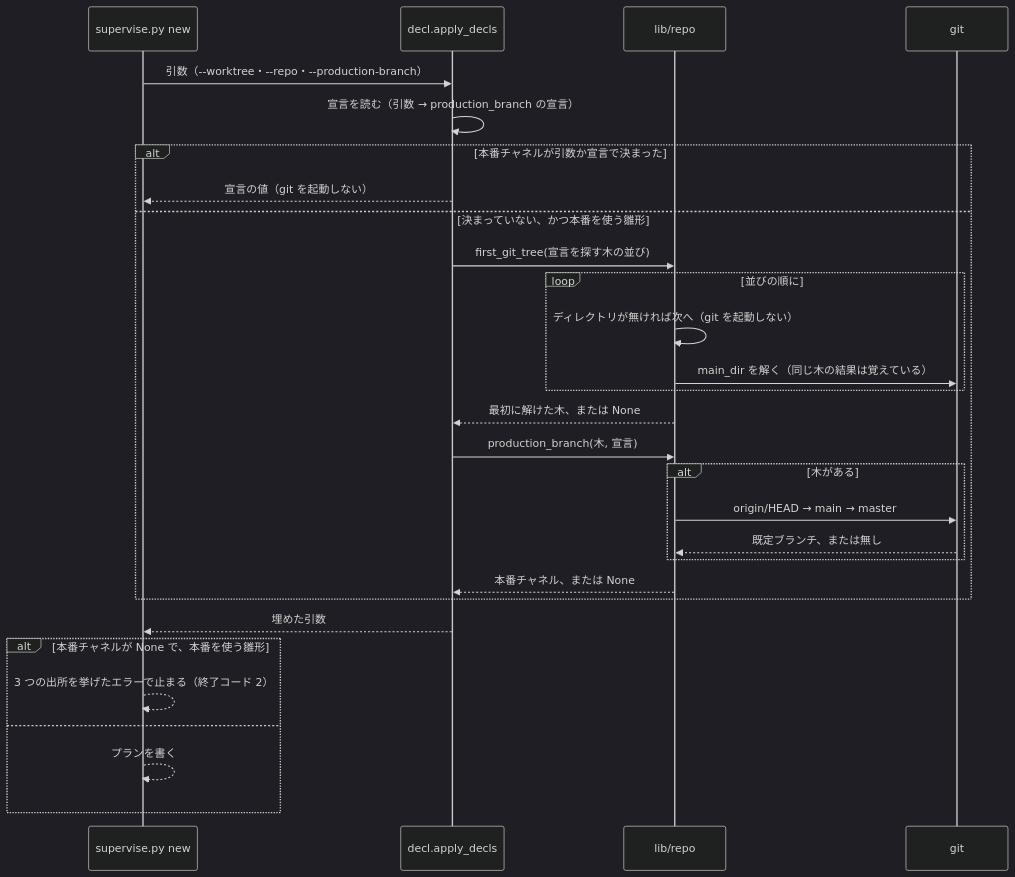
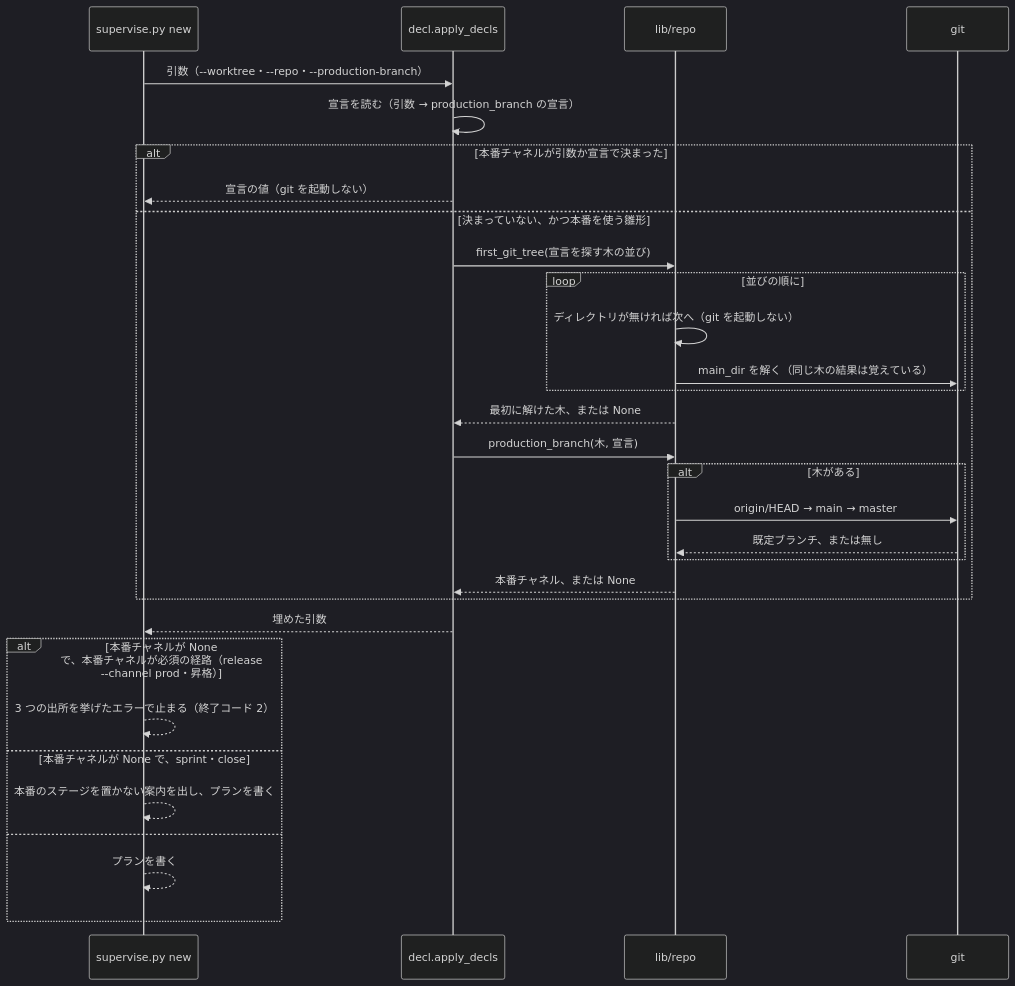
The second of 2 diagrams in issues/issue-2097-design.md (devbasex/ai-plugins), drawn with Mermaid (dark theme) before and after one commit. The commit also changed other lines of this file, not shown here.

Commit message:
Docs: 本番チャネルが決まらないときに止まる経路を release --channel prod と昇格に限る（#2097）
開発版のリリースと sprint・close は、本番チャネルが無くてもプランを書く現行の振る舞いを不変条件 I5 とテストの表に明記する。

````diff
--- a/issues/issue-2097-design.md
+++ b/issues/issue-2097-design.md
@@ -146,31 +146,33 @@
 ```mermaid
 sequenceDiagram
     participant N as supervise.py new
     participant A as decl.apply_decls
     participant R as lib/repo
     participant G as git
     N->>A: 引数（--worktree・--repo・--production-branch）
     A->>A: 宣言を読む（引数 → production_branch の宣言）
     alt 本番チャネルが引数か宣言で決まった
         A-->>N: 宣言の値（git を起動しない）
     else 決まっていない、かつ本番を使う雛形
         A->>R: first_git_tree(宣言を探す木の並び)
         loop 並びの順に
             R->>R: ディレクトリが無ければ次へ（git を起動しない）
             R->>G: main_dir を解く（同じ木の結果は覚えている）
         end
         R-->>A: 最初に解けた木、または None
         A->>R: production_branch(木, 宣言)
         alt 木がある
             R->>G: origin/HEAD → main → master
             G-->>R: 既定ブランチ、または無し
         end
         R-->>A: 本番チャネル、または None
     end
     A-->>N: 埋めた引数
-    alt 本番チャネルが None で、本番を使う雛形
+    alt 本番チャネルが None で、本番チャネルが必須の経路（release --channel prod・昇格）
         N-->>N: 3 つの出所を挙げたエラーで止まる（終了コード 2）
+    else 本番チャネルが None で、sprint・close
+        N-->>N: 本番のステージを置かない案内を出し、プランを書く
     else
         N-->>N: プランを書く
     end
 ```
````
